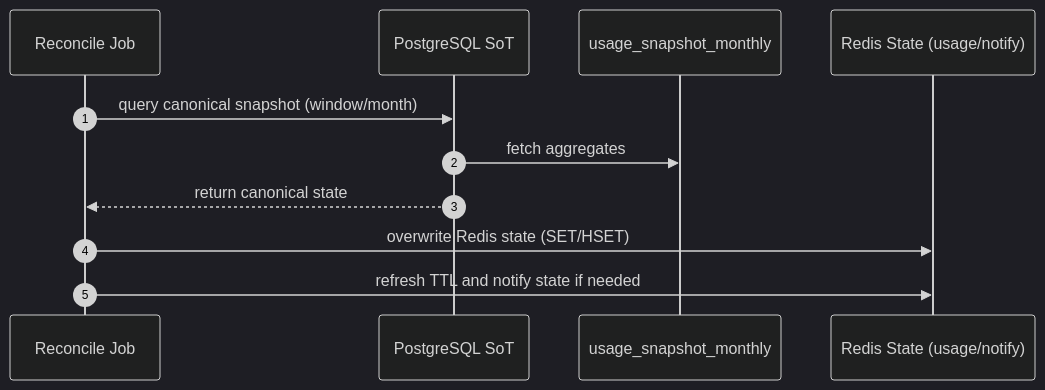
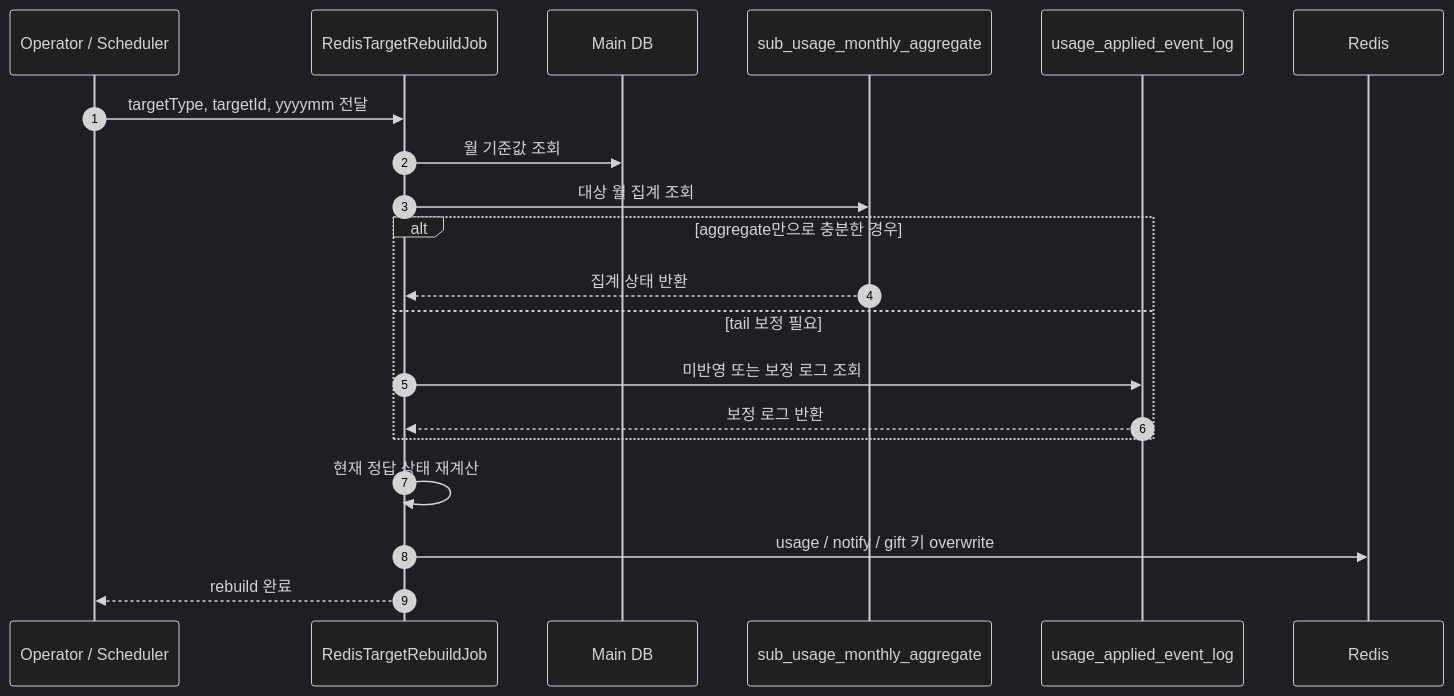
One commit to HOTSPOT-pro/HOTSPOT-KAFKA changed the seventh of 7 diagrams in README.md. Above: the diagram before and after it, drawn with Mermaid (dark theme). The commit also changed other lines of this file, not shown here.

````diff
--- a/README.md
+++ b/README.md
@@ -591,15 +681,23 @@
 ```mermaid
 sequenceDiagram
   autonumber
-  participant REC as Reconcile Job
-  participant DB as PostgreSQL SoT
-  participant SNAP as usage_snapshot_monthly
-  participant RS as Redis State (usage/notify)
+  participant O as Operator / Scheduler
+  participant J as RedisTargetRebuildJob
+  participant M as Main DB
+  participant AGG as sub_usage_monthly_aggregate
+  participant LOG as usage_applied_event_log
+  participant R as Redis
 
-  REC->>DB: query canonical snapshot (window/month)
-  DB->>SNAP: fetch aggregates
-  DB-->>REC: return canonical state
-
-  REC->>RS: overwrite Redis state (SET/HSET)
-  REC->>RS: refresh TTL and notify state if needed
+  O->>J: targetType, targetId, yyyymm 전달
+  J->>M: 월 기준값 조회
+  J->>AGG: 대상 월 집계 조회
+  alt aggregate만으로 충분한 경우
+    AGG-->>J: 집계 상태 반환
+  else tail 보정 필요
+    J->>LOG: 미반영 또는 보정 로그 조회
+    LOG-->>J: 보정 로그 반환
+  end
+  J->>J: 현재 정답 상태 재계산
+  J->>R: usage / notify / gift 키 overwrite
+  J-->>O: rebuild 완료
 ```
````
